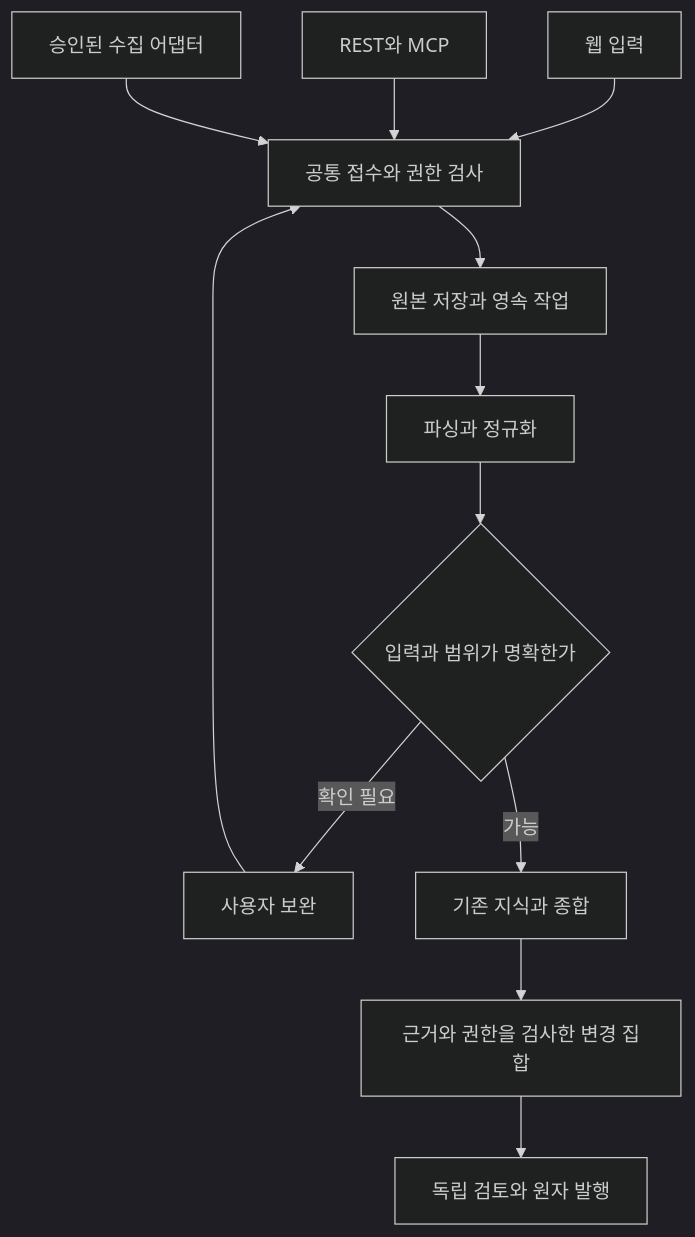
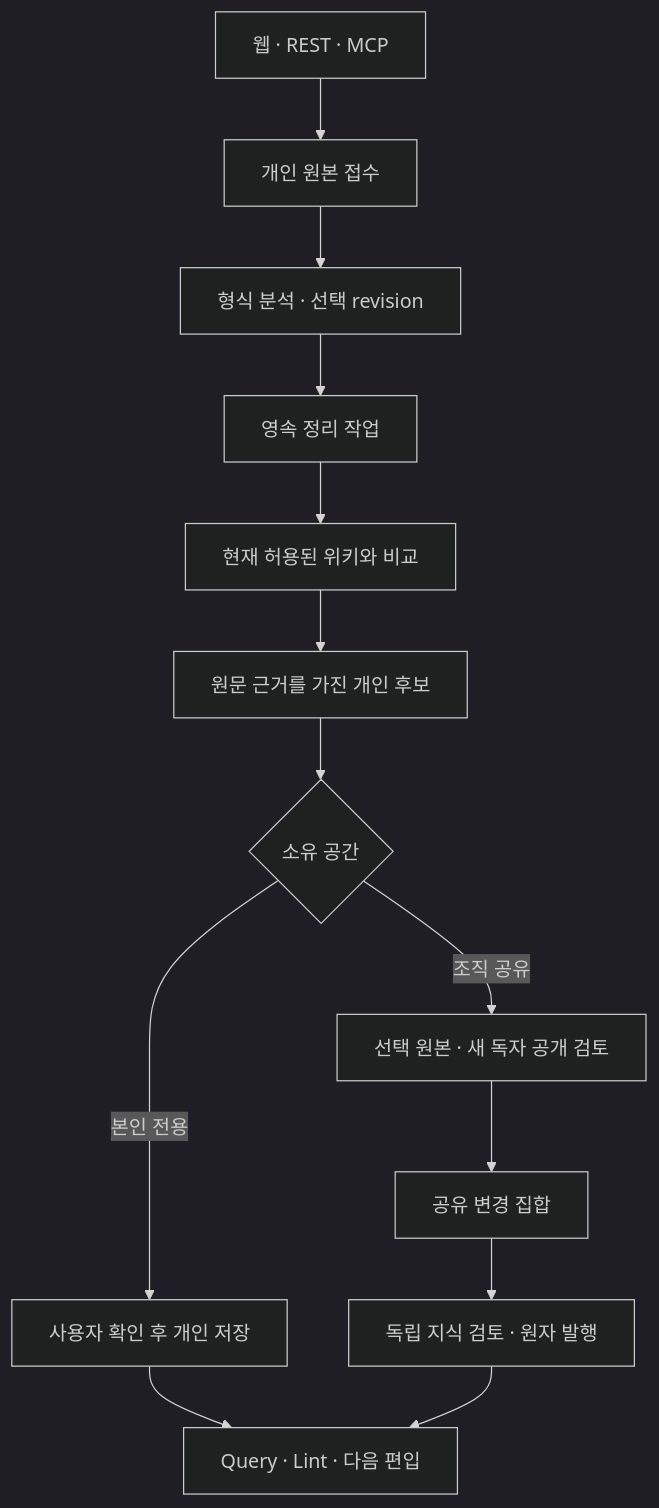
Before and after one commit to wontaeJeong/agent-knowledge-hub: the diagram in docs/DATA_INGESTION.md, drawn with Mermaid (dark theme). The commit also changed other lines of this file and 43 other files, not shown here.

````diff
--- a/docs/DATA_INGESTION.md
+++ b/docs/DATA_INGESTION.md
@@ -24,14 +21,15 @@
 ```mermaid
 flowchart TD
-  W["웹 입력"] --> I["공통 접수와 권한 검사"]
-  M["REST와 MCP"] --> I
-  C["승인된 수집 어댑터"] --> I
-  I --> S["원본 저장과 영속 작업"]
-  S --> P["파싱과 정규화"]
-  P --> Q{"입력과 범위가 명확한가"}
-  Q -->|확인 필요| H["사용자 보완"]
-  H --> I
-  Q -->|가능| E["기존 지식과 종합"]
-  E --> B["근거와 권한을 검사한 변경 집합"]
-  B --> R["독립 검토와 원자 발행"]
+  W["웹 · REST · MCP"] --> I["개인 원본 접수"]
+  I --> P["형식 분석 · 선택 revision"]
+  P --> J["영속 정리 작업"]
+  J --> C["현재 허용된 위키와 비교"]
+  C --> R["원문 근거를 가진 개인 후보"]
+  R --> O{"소유 공간"}
+  O -->|본인 전용| V["사용자 확인 후 개인 저장"]
+  O -->|조직 공유| D["선택 원본 · 새 독자 공개 검토"]
+  D --> B["공유 변경 집합"]
+  B --> A["독립 지식 검토 · 원자 발행"]
+  V --> Q["Query · Lint · 다음 편입"]
+  A --> Q
 ```
````
